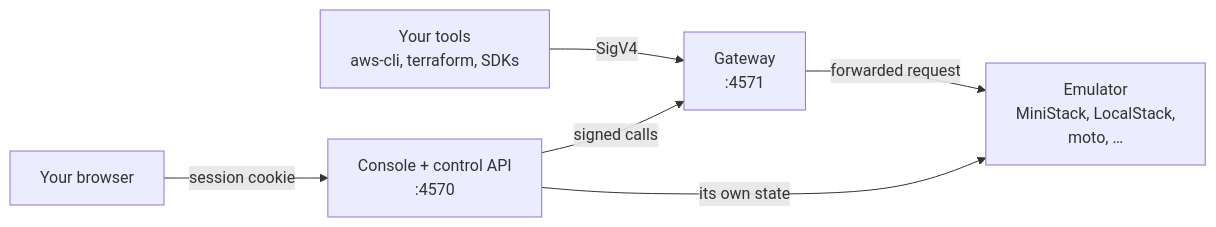
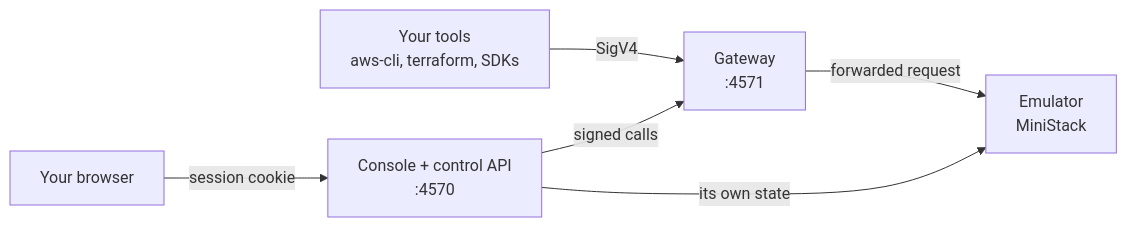
Before and after one commit to mathewmusango/emuplane: the diagram in site/docs/intro.md, drawn with Mermaid. The commit also changed other lines of this file and 39 other files, not shown here.

````diff
--- a/site/docs/intro.md
+++ b/site/docs/intro.md
@@ -12,8 +12,8 @@
 ```mermaid
 flowchart LR
   cli["Your tools<br/>aws-cli, terraform, SDKs"] -->|SigV4| gw["Gateway<br/>:4571"]
   browser["Your browser"] -->|session cookie| ui["Console + control API<br/>:4570"]
   ui -->|signed calls| gw
-  gw -->|forwarded request| emu["Emulator<br/>MiniStack, LocalStack,<br/>moto, …"]
+  gw -->|forwarded request| emu["Emulator<br/>MiniStack"]
   ui -->|its own state| emu
 ```
````
